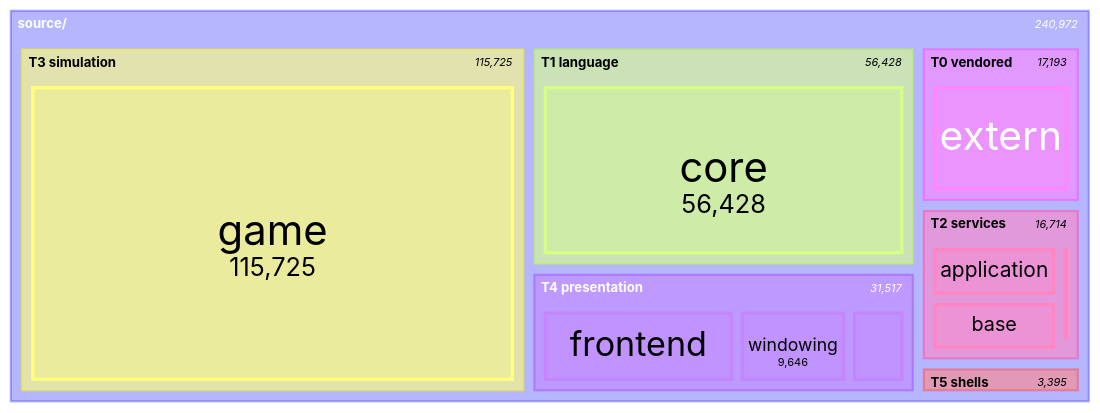
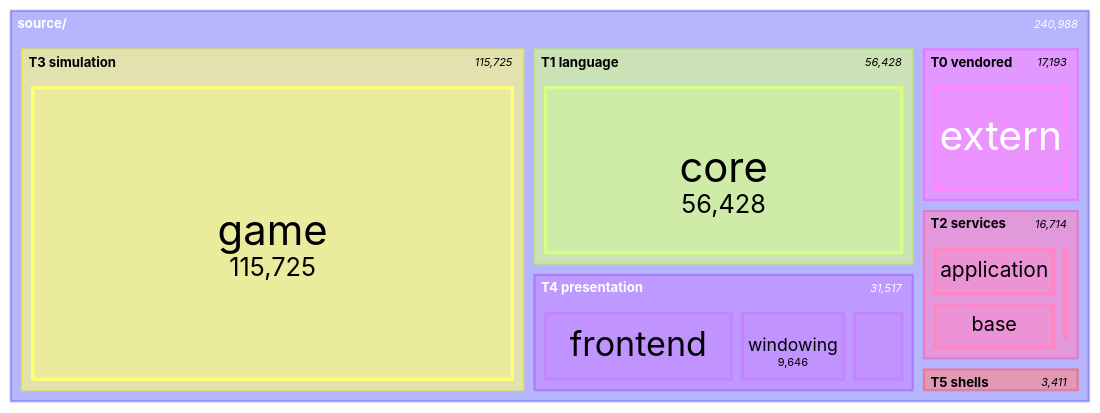
The seventh of 11 diagrams in docs/architecture/system-boundaries.md (apnex/OpenStarbound), drawn with Mermaid before and after one commit. The commit also changed other lines of this file and 3 other files, not shown here.

````diff
--- a/docs/architecture/system-boundaries.md
+++ b/docs/architecture/system-boundaries.md
@@ -592,22 +592,22 @@
 ```mermaid
 treemap-beta
 "source/"
     "T0 vendored"
         "extern": 17193
     "T1 language"
         "core": 56428
     "T2 services"
         "application": 7677
         "base": 7472
         "metrics": 1423
         "platform": 142
     "T3 simulation"
         "game": 115725
     "T4 presentation"
         "frontend": 16863
         "windowing": 9646
         "rendering": 5008
     "T5 shells"
-        "client": 2612
+        "client": 2628
         "server": 783
 ```
````
